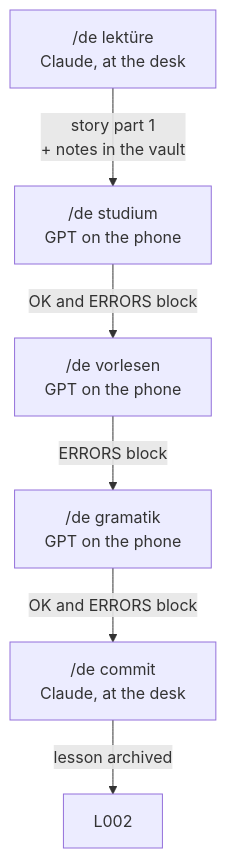
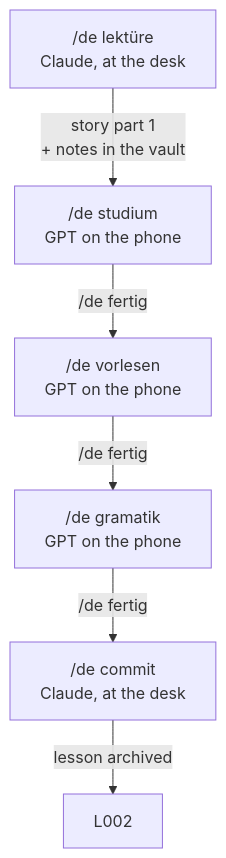
The diagram in 50 - Ressourcen/Lektionen.md (denczh/obsidian-deutsch), drawn with Mermaid before and after one commit. The commit also changed other lines of this file and 99 other files, not shown here.

````diff
--- a/50 - Ressourcen/Lektionen.md
+++ b/50 - Ressourcen/Lektionen.md
@@ -14,8 +17,8 @@
 ```mermaid
 flowchart TD
     A["/de lektüre<br/>Claude, at the desk"] -->|story part 1<br/>+ notes in the vault| B["/de studium<br/>GPT on the phone"]
-    B -->|OK and ERRORS block| C["/de vorlesen<br/>GPT on the phone"]
-    C -->|ERRORS block| D["/de gramatik<br/>GPT on the phone"]
-    D -->|OK and ERRORS block| E["/de commit<br/>Claude, at the desk"]
+    B -->|/de fertig| C["/de vorlesen<br/>GPT on the phone"]
+    C -->|/de fertig| D["/de gramatik<br/>GPT on the phone"]
+    D -->|/de fertig| E["/de commit<br/>Claude, at the desk"]
     E -->|lesson archived| F["L002"]
 ```
````
